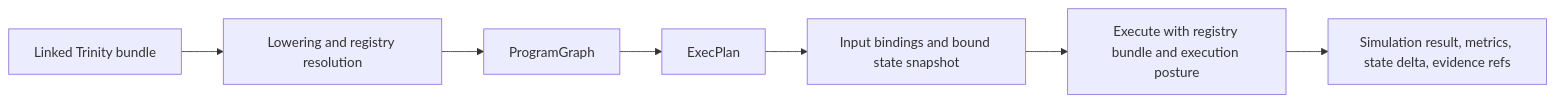
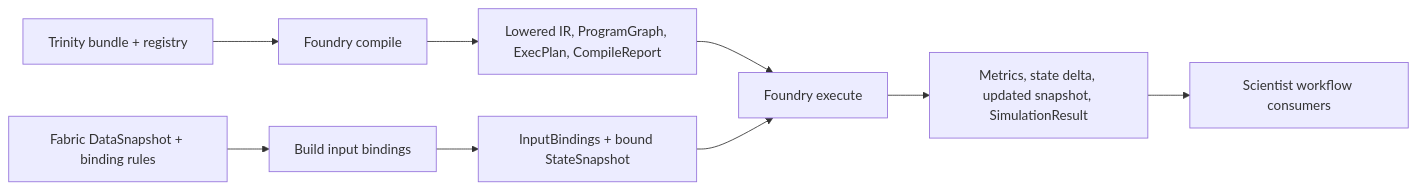
Before and after one commit to DenisKopylov/polisyos: the diagram in policy-engine/docs/explanation/causal-engine.md, drawn with Mermaid. The commit also changed other lines of this file and 86 other files, not shown here.

````diff
--- a/policy-engine/docs/explanation/causal-engine.md
+++ b/policy-engine/docs/explanation/causal-engine.md
@@ -16,9 +24,11 @@
 ```mermaid
 flowchart LR
-    Trinity["Linked Trinity bundle"] --> Lower["Lowering and registry resolution"]
-    Lower --> Graph["ProgramGraph"]
-    Graph --> Plan["ExecPlan"]
-    Plan --> Bind["Input bindings and bound state snapshot"]
-    Bind --> Execute["Execute with registry bundle and execution posture"]
-    Execute --> Result["Simulation result, metrics, state delta, evidence refs"]
+    Trinity["Trinity bundle + registry"] --> Compile["Foundry compile"]
+    Compile --> Artifacts["Lowered IR, ProgramGraph, ExecPlan, CompileReport"]
+    Snapshot["Fabric DataSnapshot + binding rules"] --> Bind["Build input bindings"]
+    Bind --> Bound["InputBindings + bound StateSnapshot"]
+    Artifacts --> Execute["Foundry execute"]
+    Bound --> Execute
+    Execute --> Result["Metrics, state delta, updated snapshot, SimulationResult"]
+    Result --> Scientist["Scientist workflow consumers"]
 ```
````
